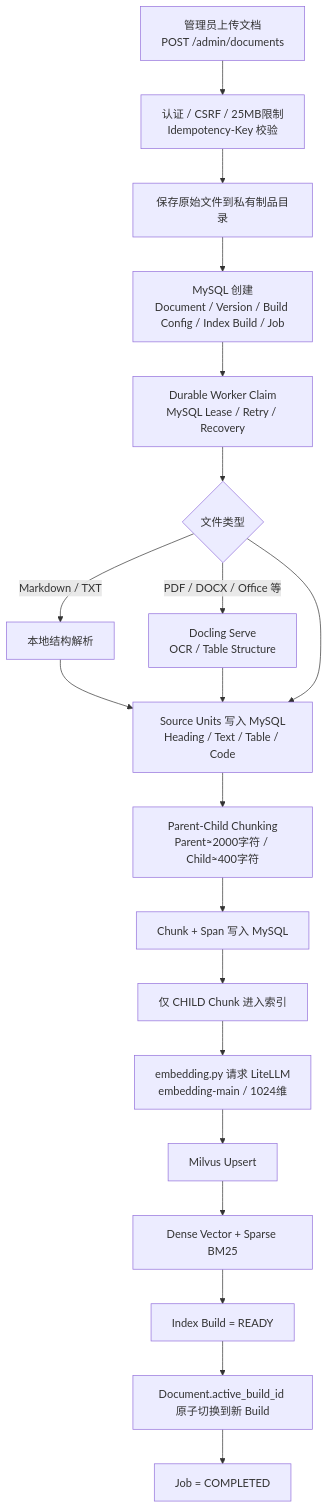
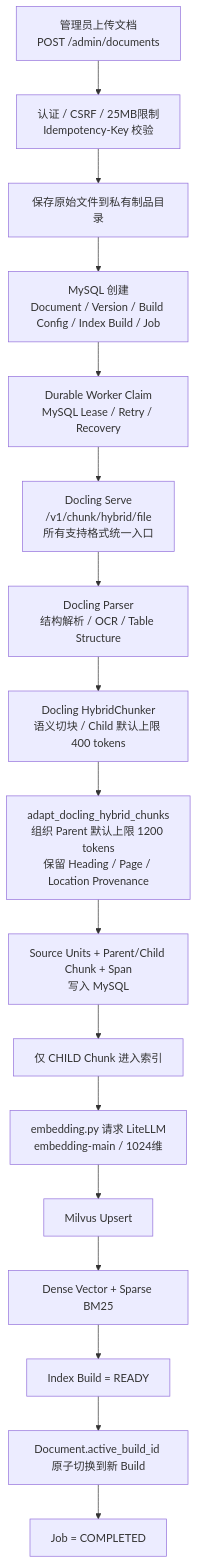
One commit to songsinfo/RAG changed the second of 3 diagrams in README.md. Above: the diagram before and after it, drawn with Mermaid. The commit also changed other lines of this file, not shown here.

Commit message:
docs: align README with unified Docling HybridChunker ingestion

````diff
--- a/README.md
+++ b/README.md
@@ -65,23 +66,20 @@
 ```mermaid
 flowchart TD
     A[管理员上传文档<br/>POST /admin/documents] --> B[认证 / CSRF / 25MB限制<br/>Idempotency-Key 校验]
     B --> C[保存原始文件到私有制品目录]
     C --> D[MySQL 创建<br/>Document / Version / Build Config / Index Build / Job]
     D --> E[Durable Worker Claim<br/>MySQL Lease / Retry / Recovery]
-    E --> F{文件类型}
-    F -->|Markdown / TXT| F1[本地结构解析]
-    F -->|PDF / DOCX / Office 等| F2[Docling Serve<br/>OCR / Table Structure]
-    F1 --> G
-    F2 --> G
-    F --> G[Source Units 写入 MySQL<br/>Heading / Text / Table / Code]
-    G --> H[Parent-Child Chunking<br/>Parent≈2000字符 / Child≈400字符]
-    H --> I[Chunk + Span 写入 MySQL]
-    I --> J[仅 CHILD Chunk 进入索引]
-    J --> K[embedding.py 请求 LiteLLM<br/>embedding-main / 1024维]
-    K --> L[Milvus Upsert]
-    L --> M[Dense Vector + Sparse BM25]
-    M --> N[Index Build = READY]
-    N --> O[Document.active_build_id 原子切换到新 Build]
-    O --> P[Job = COMPLETED]
+    E --> F[Docling Serve<br/>/v1/chunk/hybrid/file<br/>所有支持格式统一入口]
+    F --> G[Docling Parser<br/>结构解析 / OCR / Table Structure]
+    G --> H[Docling HybridChunker<br/>语义切块 / Child 默认上限 400 tokens]
+    H --> I[adapt_docling_hybrid_chunks<br/>组织 Parent 默认上限 1200 tokens<br/>保留 Heading / Page / Location Provenance]
+    I --> J[Source Units + Parent/Child Chunk + Span<br/>写入 MySQL]
+    J --> K[仅 CHILD Chunk 进入索引]
+    K --> L[embedding.py 请求 LiteLLM<br/>embedding-main / 1024维]
+    L --> M[Milvus Upsert]
+    M --> N[Dense Vector + Sparse BM25]
+    N --> O[Index Build = READY]
+    O --> P[Document.active_build_id 原子切换到新 Build]
+    P --> Q[Job = COMPLETED]
 
 ```
````
